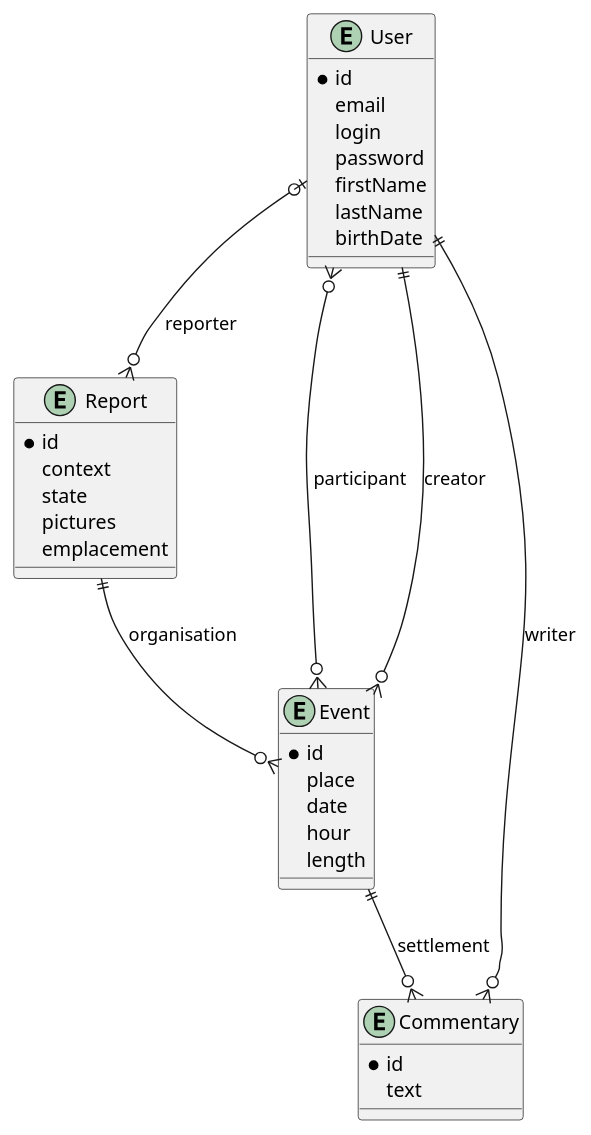
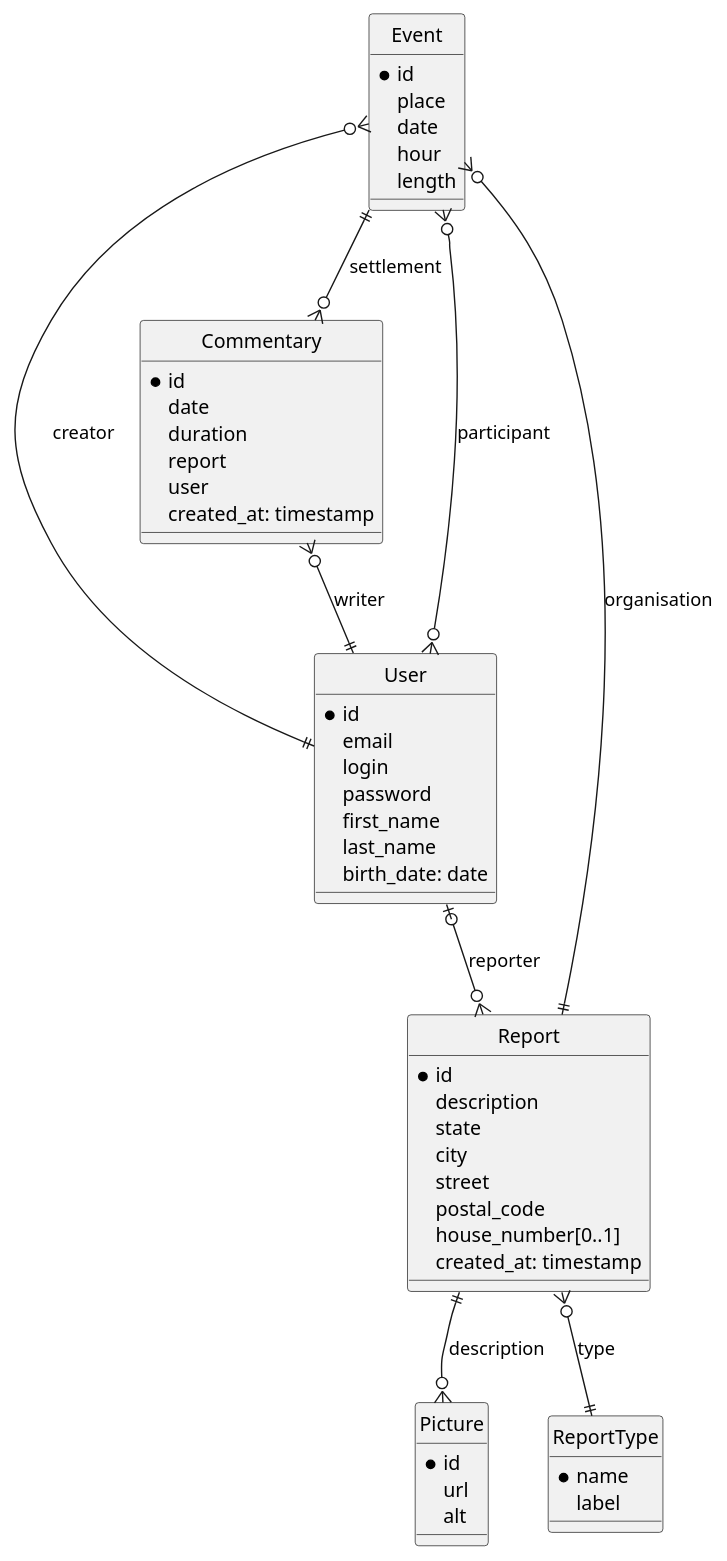
The diagram in schemas/database_EA.puml (ThibBer/smartcity_api), drawn with PlantUML before and after one commit.

```diff
--- a/schemas/database_EA.puml
+++ b/schemas/database_EA.puml
@@ -1,41 +1,62 @@
 @startuml
+hide circle
 
 entity User{
     * id
     email
     login
     password
-    firstName
-    lastName
-    birthDate
+    first_name
+    last_name
+    birth_date: date
 }
 
 entity Report {
     * id
-    context
+    description
     state
-    pictures
-    emplacement
+    city
+    street
+    postal_code
+    house_number[0..1]
+    created_at: timestamp
 }
 
 entity Event {
     * id
     place
     date
     hour
     length
 }
 
 entity Commentary {
     * id
-    text
+    date
+    duration
+    report
+    user
+    created_at: timestamp
+}
+
+entity Picture {
+    * id
+    url
+    alt
+}
+
+entity ReportType {
+    * name
+    label
 }
 
 User |o--o{ Report : reporter
 Report ||--o{ Event : organisation
+Commentary }o--|| User : writer
 Event ||--o{ Commentary : settlement
-Commentary }o--|| User : writer
 User }o--o{ Event : participant
-User ||--o{ Event : creator
+User ||-up-o{ Event : creator
+Report ||--o{ Picture : description
+Report }o--|| ReportType : type
 
 @enduml
```
